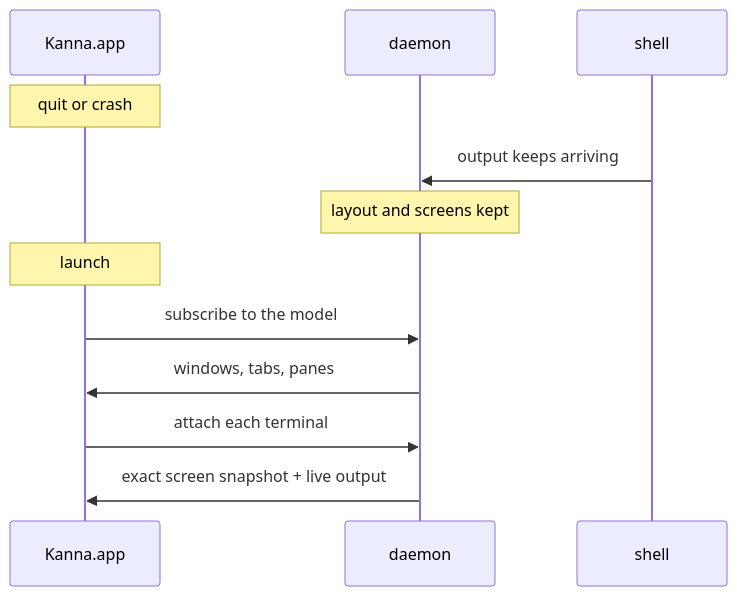
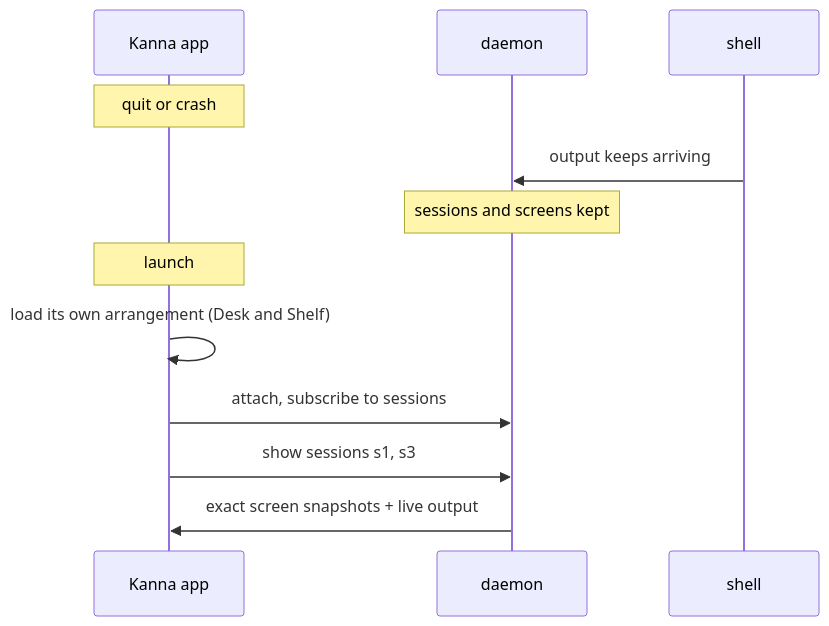
One commit to jemdiggity/kanna-v4 changed the seventh of 9 diagrams in docs/research/mux-architecture.md. Above: the diagram before and after it, drawn with Mermaid. The commit also changed other lines of this file, not shown here.

Commit message:
Mux architecture: kmux as libraries, the daemon owns sessions, each UI owns its arrangement, one CLI socket

````diff
--- a/docs/research/mux-architecture.md
+++ b/docs/research/mux-architecture.md
@@ -187,14 +225,14 @@
 ```mermaid
 sequenceDiagram
-    participant A as Kanna.app
+    participant A as Kanna app
     participant D as daemon
     participant S as shell
     Note over A: quit or crash
     S->>D: output keeps arriving
-    Note over D: layout and screens kept
+    Note over D: sessions and screens kept
     Note over A: launch
-    A->>D: subscribe to the model
-    D->>A: windows, tabs, panes
-    A->>D: attach each terminal
-    D->>A: exact screen snapshot + live output
+    A->>A: load its own arrangement (Desk and Shelf)
+    A->>D: attach, subscribe to sessions
+    A->>D: show sessions s1, s3
+    D->>A: exact screen snapshots + live output
 ```
````
